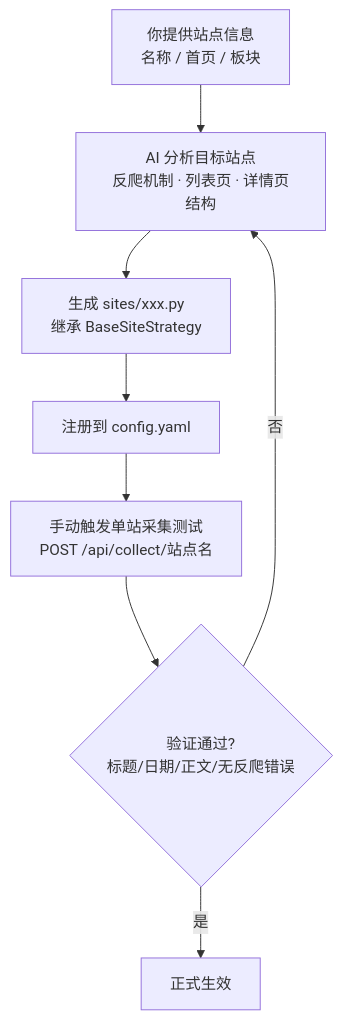
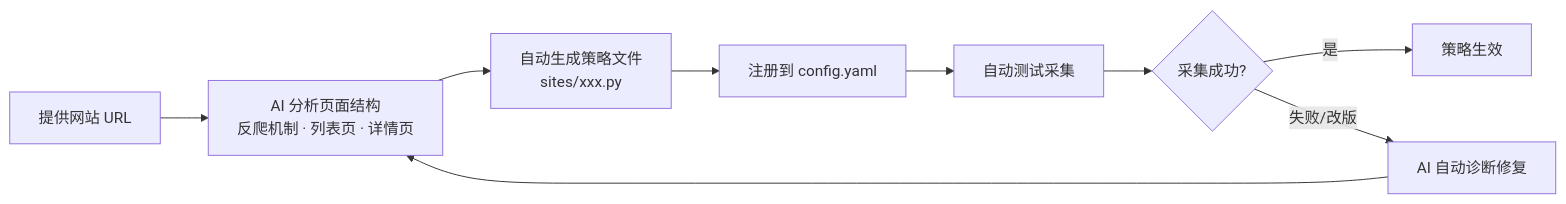
One commit to dzLin1820372845/purchase-sentinel changed the second of 2 diagrams in README.md. Above: the diagram before and after it, drawn with Mermaid. The commit also changed other lines of this file and 17 other files, not shown here.

````diff
--- a/README.md
+++ b/README.md
@@ -275,10 +213,11 @@
 ```mermaid
-flowchart TD
-    A[你提供站点信息<br/>名称 / 首页 / 板块] --> B[AI 分析目标站点<br/>反爬机制 · 列表页 · 详情页结构]
-    B --> C[生成 sites/xxx.py<br/>继承 BaseSiteStrategy]
+flowchart LR
+    A[提供网站 URL] --> B[AI 分析页面结构<br/>反爬机制 · 列表页 · 详情页]
+    B --> C[自动生成策略文件<br/>sites/xxx.py]
     C --> D[注册到 config.yaml]
-    D --> E[手动触发单站采集测试<br/>POST /api/collect/站点名]
-    E --> F{验证通过?<br/>标题/日期/正文/无反爬错误}
-    F -- 否 --> B
-    F -- 是 --> G[正式生效]
+    D --> E[自动测试采集]
+    E --> F{采集成功?}
+    F -- 是 --> G[策略生效]
+    F -- 失败/改版 --> H[AI 自动诊断修复]
+    H --> B
 ```
````
